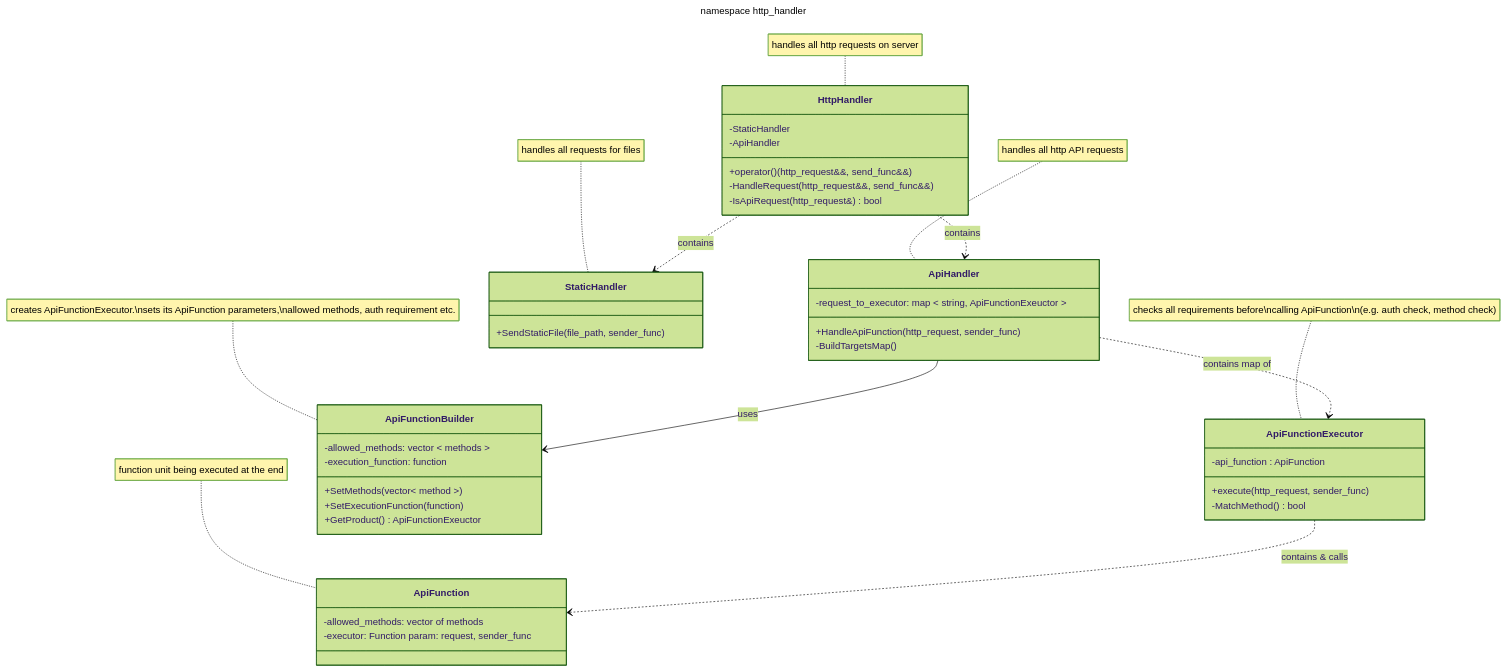
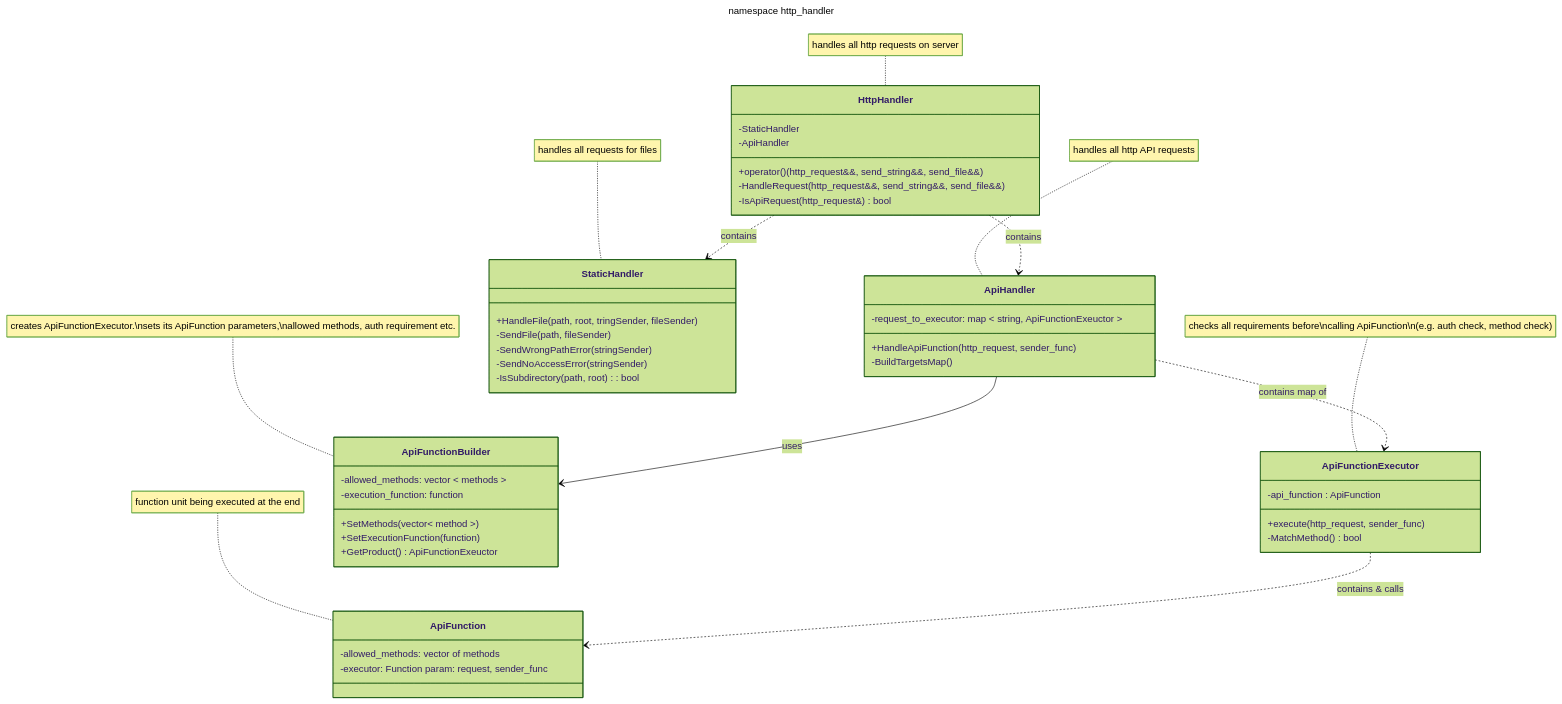
The third of 3 diagrams in uml_diagrams.md (LeeDoor/game_webserver), drawn with Mermaid (forest theme) before and after one commit.

Commit message:
refactoring diagram update

````diff
--- a/uml_diagrams.md
+++ b/uml_diagrams.md
@@ -64,56 +64,61 @@
 ```mermaid
 ---
 title: namespace http_handler
 ---
 classDiagram
     class HttpHandler {
-        +operator() (http_request&&, send_func&&)
-        -HandleRequest(http_request&&, send_func&&)
+        +operator() (http_request&&, send_string&&, send_file&&)
+        -HandleRequest(http_request&&, send_string&&, send_file&&)
         -IsApiRequest(http_request&) bool
 
         -StaticHandler
         -ApiHandler
     }
     note for HttpHandler "handles all http requests on server"
 
     class ApiHandler {
         +HandleApiFunction(http_request, sender_func)
         -request_to_executor: map < string, ApiFunctionExeuctor >
         -BuildTargetsMap()
     }
     note for ApiHandler "handles all http API requests"
 
     class StaticHandler {
-        +SendStaticFile(file_path, sender_func) 
+        +HandleFile(path, root, tringSender, fileSender)
+        -SendFile(path, fileSender)
+        -SendWrongPathError(stringSender)
+        -SendNoAccessError(stringSender)
+        -IsSubdirectory(path, root): bool
+        
     }
     note for StaticHandler "handles all requests for files"
 
     class ApiFunction {
         -allowed_methods: vector of methods
         -executor: Function param: request, sender_func
     }
     note for ApiFunction "function unit being executed at the end"
 
     class ApiFunctionExecutor {
         +execute(http_request, sender_func)
         -MatchMethod() bool
         -api_function : ApiFunction
     }
     note for ApiFunctionExecutor "checks all requirements before\ncalling ApiFunction\n(e.g. auth check, method check)"
 
     class ApiFunctionBuilder {
         +SetMethods(vector< method >)
         +SetExecutionFunction(function)
         +GetProduct() ApiFunctionExeuctor
 
         -allowed_methods: vector < methods >
         -execution_function: function
     }
     note for ApiFunctionBuilder "creates ApiFunctionExecutor.\nsets its ApiFunction parameters,\nallowed methods, auth requirement etc."
 
     HttpHandler ..> ApiHandler : contains
     HttpHandler ..> StaticHandler : contains
     ApiHandler ..> ApiFunctionExecutor : contains map of
     ApiHandler --> ApiFunctionBuilder : uses
     ApiFunctionExecutor ..> ApiFunction : contains & calls
 ```
````
